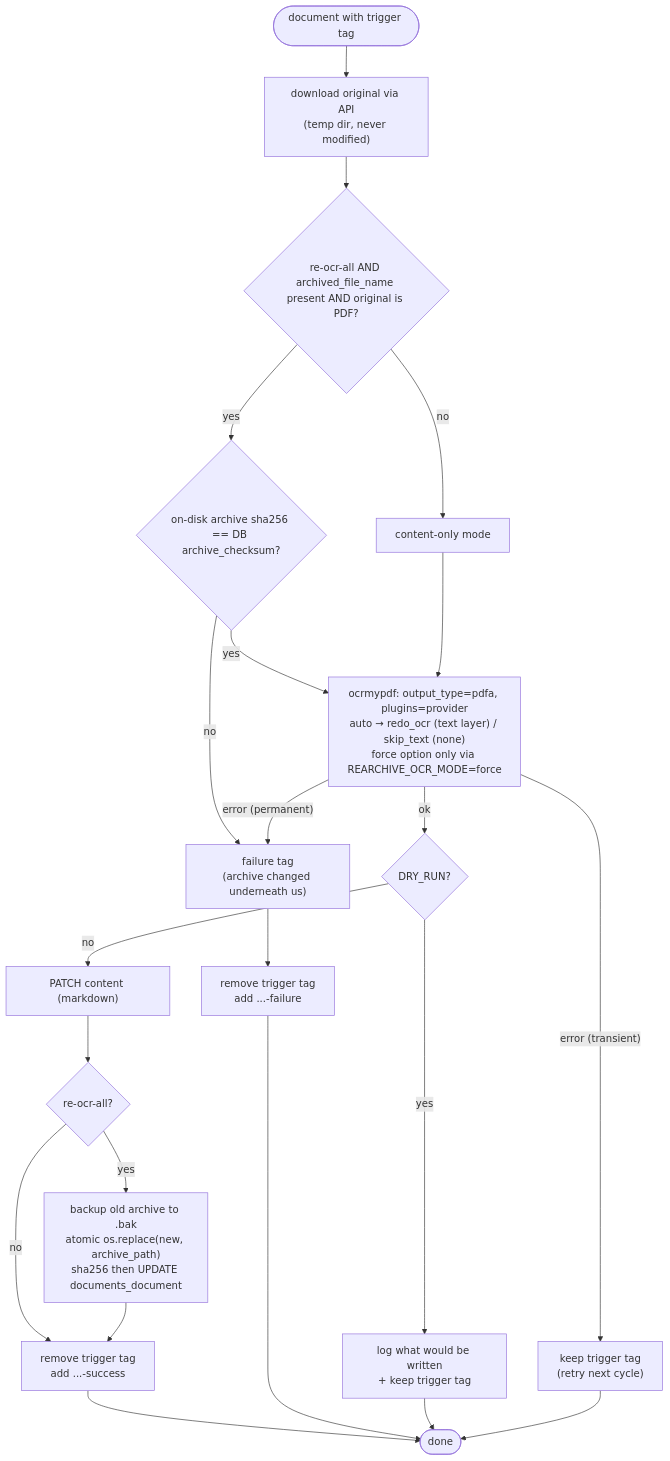
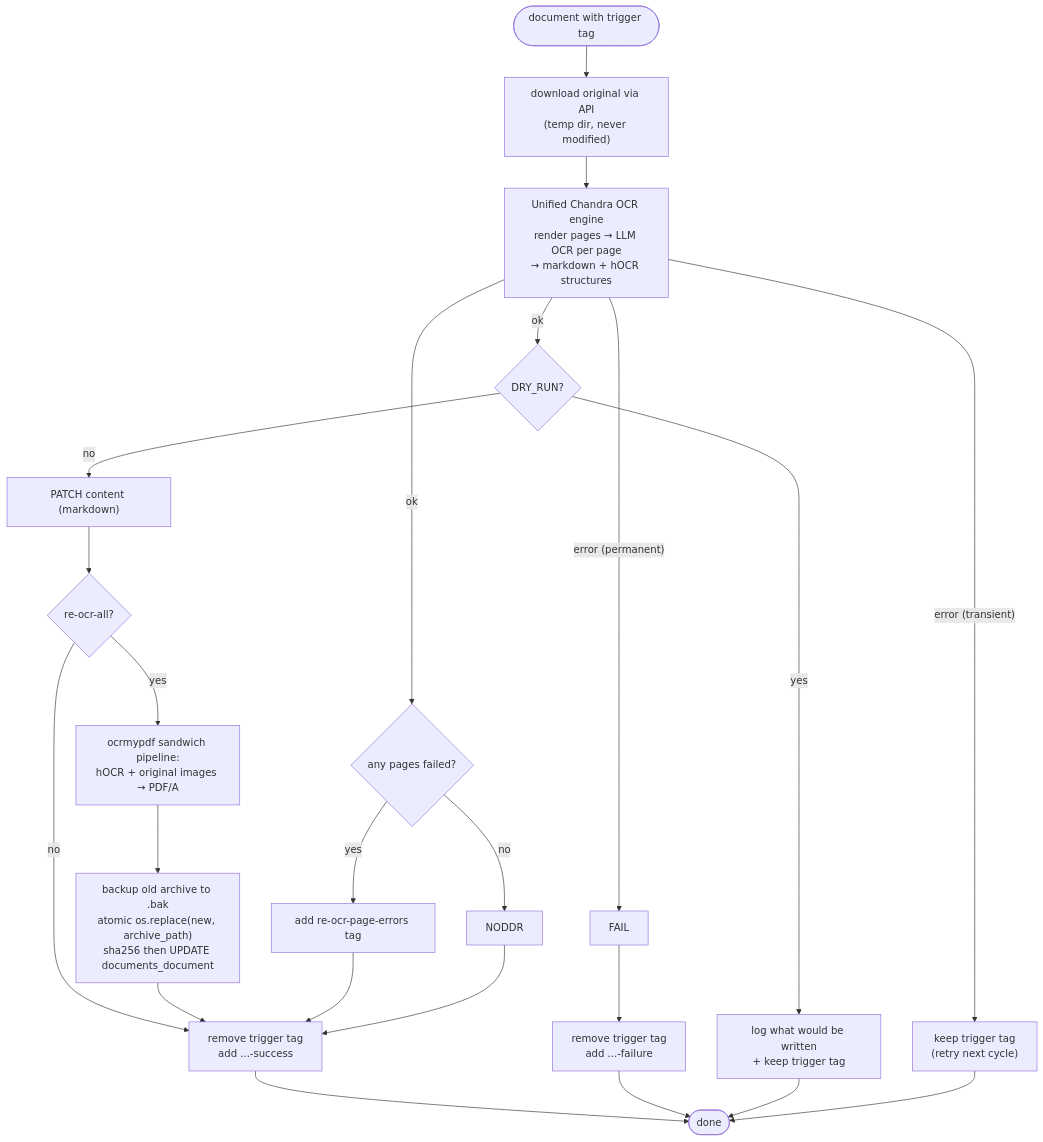
The second of 3 diagrams in doc/PLANNING.md (strichte/paperless-rearchive), drawn with Mermaid before and after one commit. The commit also changed other lines of this file and 4 other files, not shown here.

Commit message:
Implement unified Chandra OCR engine with page-level error tracking and split Markdown only or PDF/A assembly + Markdown

````diff
--- a/doc/PLANNING.md
+++ b/doc/PLANNING.md
@@ -129,24 +150,25 @@
 ```mermaid
 flowchart TD
     START([document with trigger tag]) --> DL["download original via API<br/>(temp dir, never modified)"]
-    DL --> ARCH{"re-ocr-all AND archived_file_name present AND original is PDF?"}
-    ARCH -- "no" --> CO["content-only mode"]
-    ARCH -- "yes" --> CK{"on-disk archive sha256 == DB archive_checksum?"}
-    CK -- "no" --> FAIL["failure tag<br/>(archive changed underneath us)"]
-    CK -- "yes" --> OCR["ocrmypdf: output_type=pdfa, plugins=provider<br/>auto → redo_ocr (text layer) / skip_text (none)<br/>force option only via REARCHIVE_OCR_MODE=force"]
-    CO --> OCR
+    DL --> OCR["Unified Chandra OCR engine<br/>render pages → LLM OCR per page<br/>→ markdown + hOCR structures"]
     OCR -- "error (transient)" --> KEEP["keep trigger tag<br/>(retry next cycle)"]
     OCR -- "error (permanent)" --> FAIL
+    OCR -- "ok" --> PAGECHECK{"any pages failed?"}
+    PAGECHECK -- "yes" --> TAGERR["add re-ocr-page-errors tag"]
+    PAGECHECK -- "no" --> NODDR
     OCR -- "ok" --> DRY{"DRY_RUN?"}
     DRY -- "yes" --> REPORT["log what would be written<br/>+ keep trigger tag"]
     DRY -- "no" --> PATCH["PATCH content (markdown)"]
     PATCH --> MODE{"re-ocr-all?"}
-    MODE -- "yes" --> REPL["backup old archive to .bak<br/>atomic os.replace(new, archive_path)<br/>sha256 then UPDATE documents_document"]
-    MODE -- "no" --> TAGS
-    REPL --> TAGS["remove trigger tag<br/>add ...-success"]
+    MODE -- "no" --> TAGS["remove trigger tag<br/>add ...-success"]
+    MODE -- "yes" --> ASSEMBLE["ocrmypdf sandwich pipeline:<br/>hOCR + original images → PDF/A"]
+    ASSEMBLE --> REPL["backup old archive to .bak<br/>atomic os.replace(new, archive_path)<br/>sha256 then UPDATE documents_document"]
+    REPL --> TAGS
+    TAGERR --> TAGS
+    TAGS --> DONE([done])
     FAIL --> TAGSF["remove trigger tag<br/>add ...-failure"]
-    TAGS --> DONE([done])
     TAGSF --> DONE
     REPORT --> DONE
     KEEP --> DONE
+    NODDR --> TAGS
 ```
````
